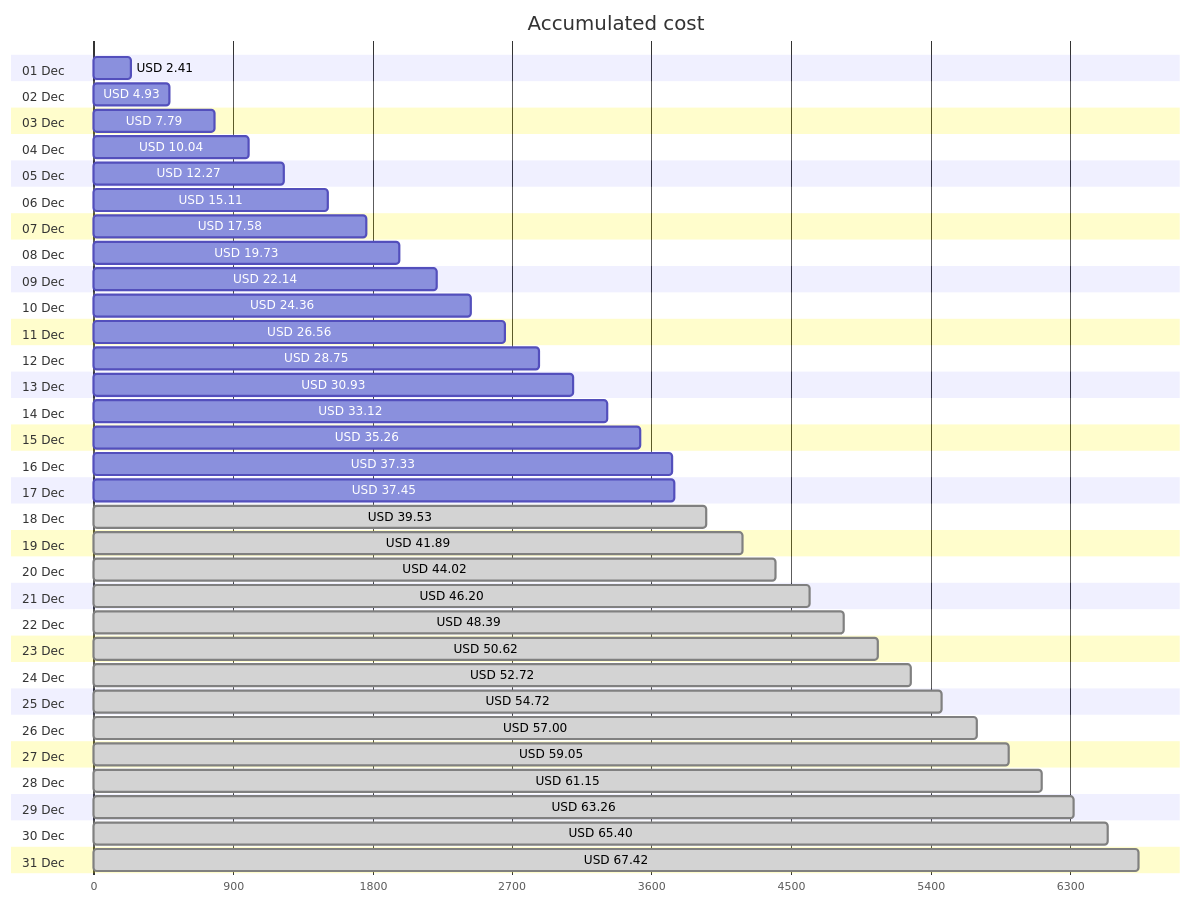
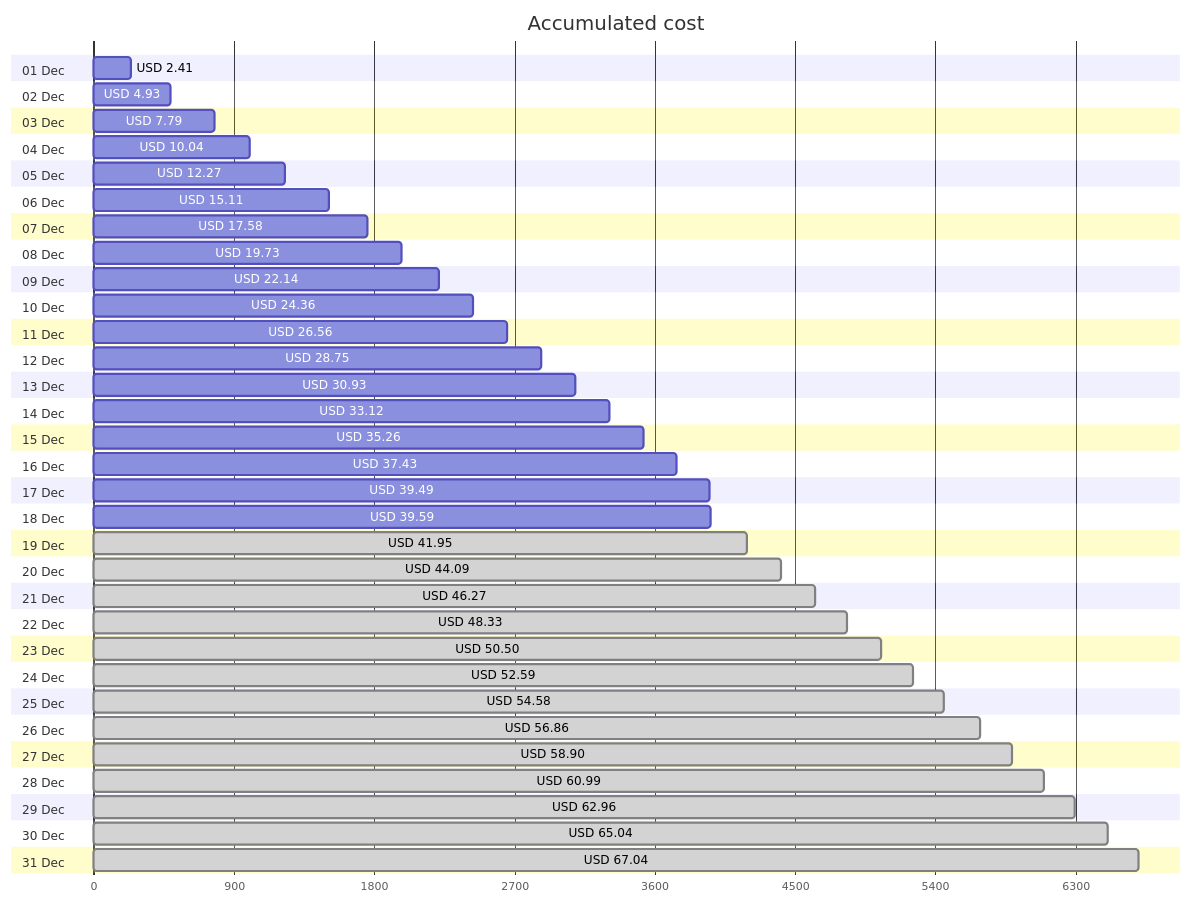
The first of 4 diagrams in cost-reports/accumulated-cost.md (jpfulton/azure-personal-reports), drawn with Mermaid before and after one commit. The commit also changed other lines of this file and 4 other files, not shown here.

````diff
--- a/cost-reports/accumulated-cost.md
+++ b/cost-reports/accumulated-cost.md
@@ -20,68 +20,68 @@
 ```mermaid
 gantt
    title Accumulated cost
    dateFormat  X
    axisFormat %s
    section 01 Dec
    USD 2.41 :0, 241
    section 02 Dec
    USD 4.93 :0, 493
    section 03 Dec
    USD 7.79 :0, 779
    section 04 Dec
    USD 10.04 :0, 1004
    section 05 Dec
    USD 12.27 :0, 1227
    section 06 Dec
    USD 15.11 :0, 1511
    section 07 Dec
    USD 17.58 :0, 1758
    section 08 Dec
    USD 19.73 :0, 1973
    section 09 Dec
    USD 22.14 :0, 2214
    section 10 Dec
    USD 24.36 :0, 2436
    section 11 Dec
    USD 26.56 :0, 2656
    section 12 Dec
    USD 28.75 :0, 2875
    section 13 Dec
    USD 30.93 :0, 3093
    section 14 Dec
    USD 33.12 :0, 3312
    section 15 Dec
    USD 35.26 :0, 3526
    section 16 Dec
-   USD 37.33 :0, 3733
+   USD 37.43 :0, 3743
    section 17 Dec
-   USD 37.45 :0, 3745
+   USD 39.49 :0, 3949
    section 18 Dec
-   USD 39.53 : done, 0, 3953
+   USD 39.59 :0, 3959
    section 19 Dec
-   USD 41.89 : done, 0, 4189
+   USD 41.95 : done, 0, 4195
    section 20 Dec
-   USD 44.02 : done, 0, 4402
+   USD 44.09 : done, 0, 4409
    section 21 Dec
-   USD 46.20 : done, 0, 4620
+   USD 46.27 : done, 0, 4627
    section 22 Dec
-   USD 48.39 : done, 0, 4839
+   USD 48.33 : done, 0, 4833
    section 23 Dec
-   USD 50.62 : done, 0, 5062
+   USD 50.50 : done, 0, 5050
    section 24 Dec
-   USD 52.72 : done, 0, 5272
+   USD 52.59 : done, 0, 5259
    section 25 Dec
-   USD 54.72 : done, 0, 5472
+   USD 54.58 : done, 0, 5458
    section 26 Dec
-   USD 57.00 : done, 0, 5700
+   USD 56.86 : done, 0, 5686
    section 27 Dec
-   USD 59.05 : done, 0, 5905
+   USD 58.90 : done, 0, 5890
    section 28 Dec
-   USD 61.15 : done, 0, 6115
+   USD 60.99 : done, 0, 6099
    section 29 Dec
-   USD 63.26 : done, 0, 6326
+   USD 62.96 : done, 0, 6296
    section 30 Dec
-   USD 65.40 : done, 0, 6540
+   USD 65.04 : done, 0, 6504
    section 31 Dec
-   USD 67.42 : done, 0, 6742
+   USD 67.04 : done, 0, 6704
 ```
````
